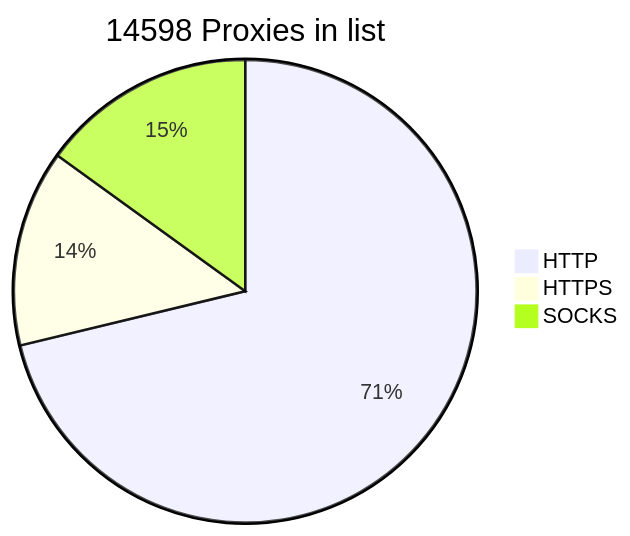
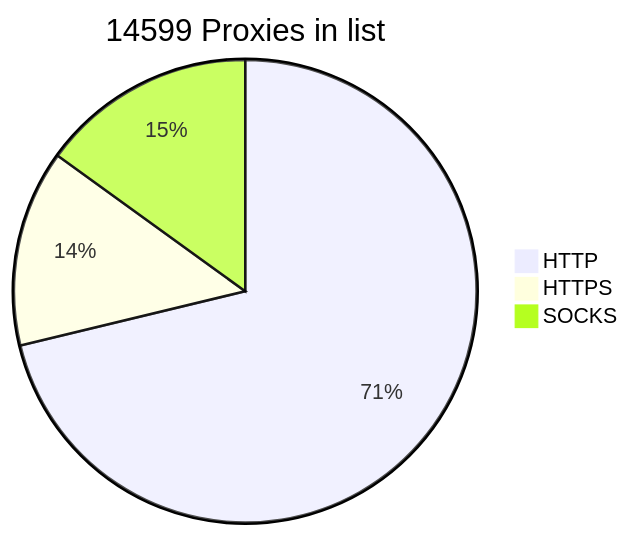
One commit to BlackSnowDot/proxylist-update-every-minute changed the diagram in README.md. Above: the diagram before and after it, drawn with Mermaid.

````diff
--- a/README.md
+++ b/README.md
@@ -2,6 +2,6 @@
 ```mermaid
-pie title 14598 Proxies in list
+pie title 14599 Proxies in list
     "HTTP" : 10888
     "HTTPS": 2098
-    "SOCKS" : 2298
+    "SOCKS" : 2299
 ```
````
